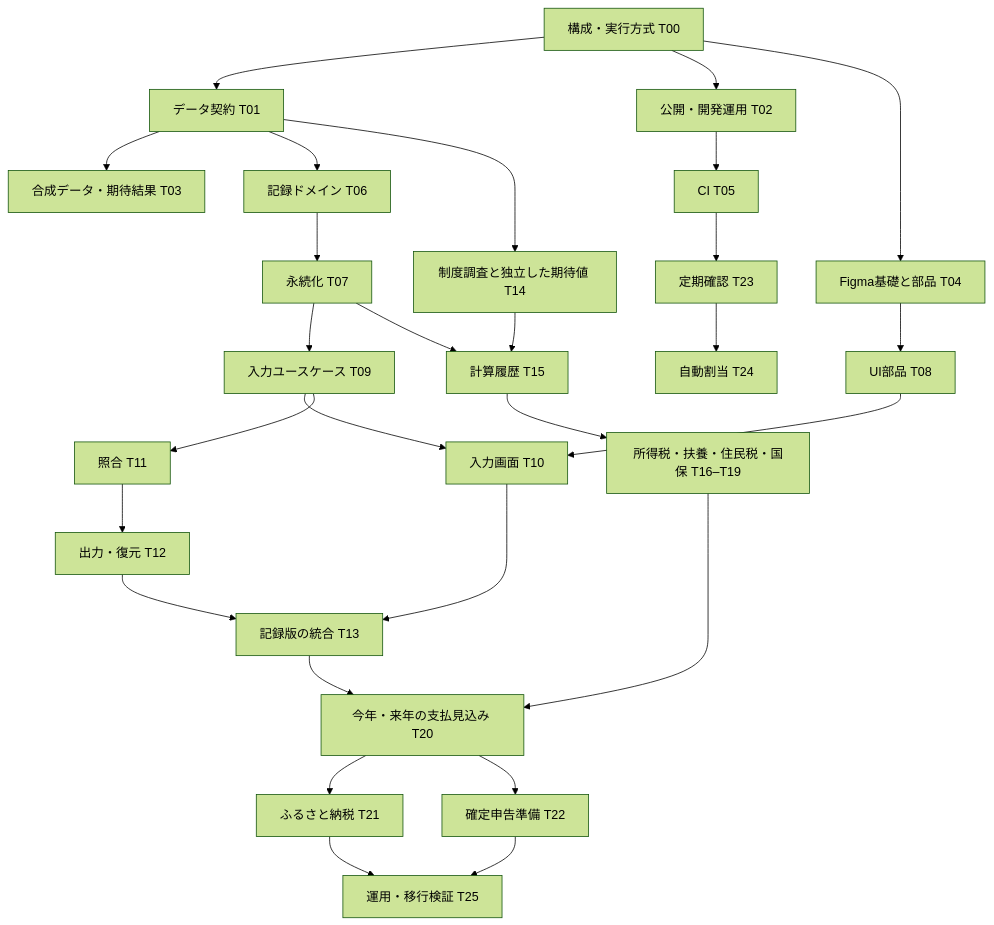
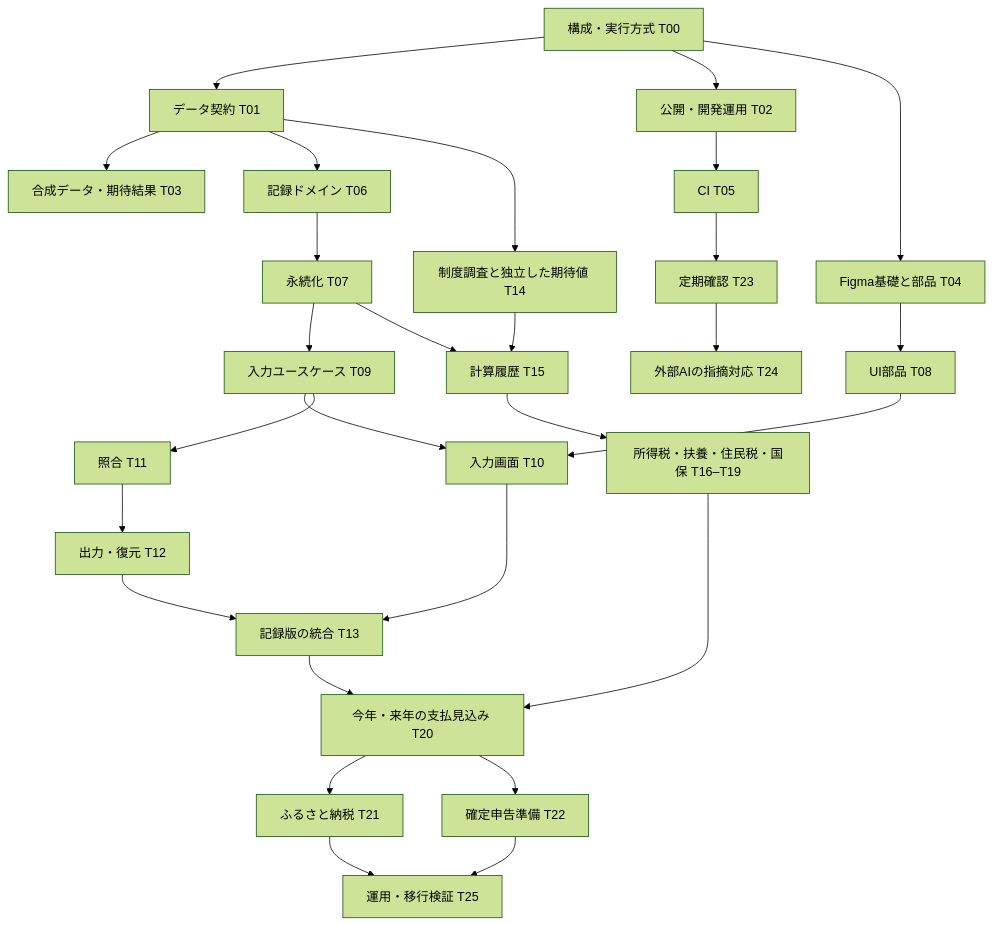
Before and after one commit to doc-gif/kurashi-ledger: the diagram in docs/implementation-plan.md, drawn with Mermaid (forest theme). The commit also changed other lines of this file and 12 other files, not shown here.

````diff
--- a/docs/implementation-plan.md
+++ b/docs/implementation-plan.md
@@ -28,30 +28,30 @@
 ```mermaid
 flowchart TD
   T00[構成・実行方式 T00] --> T01[データ契約 T01]
   T00 --> T02[公開・開発運用 T02]
   T01 --> T03[合成データ・期待結果 T03]
   T01 --> T06[記録ドメイン T06]
   T00 --> T04[Figma基礎と部品 T04]
   T04 --> T08[UI部品 T08]
   T02 --> T05[CI T05]
   T06 --> T07[永続化 T07]
   T07 --> T09[入力ユースケース T09]
   T09 --> T10[入力画面 T10]
   T08 --> T10
   T09 --> T11[照合 T11]
   T11 --> T12[出力・復元 T12]
   T10 --> T13[記録版の統合 T13]
   T12 --> T13
   T01 --> T14[制度調査と独立した期待値 T14]
   T14 --> T15[計算履歴 T15]
   T07 --> T15
   T15 --> CALC[所得税・扶養・住民税・国保 T16–T19]
   CALC --> T20[今年・来年の支払見込み T20]
   T13 --> T20
   T20 --> T21[ふるさと納税 T21]
   T20 --> T22[確定申告準備 T22]
   T05 --> T23[定期確認 T23]
-  T23 --> T24[自動割当 T24]
+  T23 --> T24[外部AIの指摘対応 T24]
   T21 --> T25[運用・移行検証 T25]
   T22 --> T25
 ```
````
